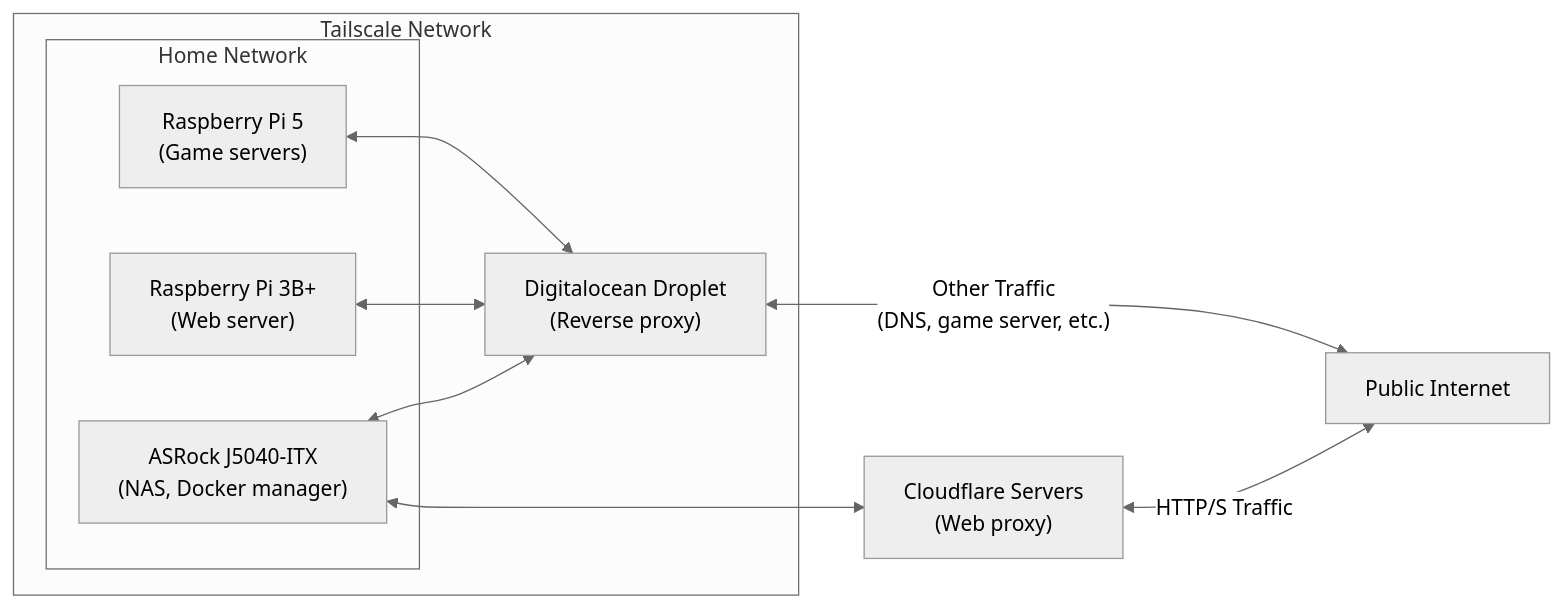
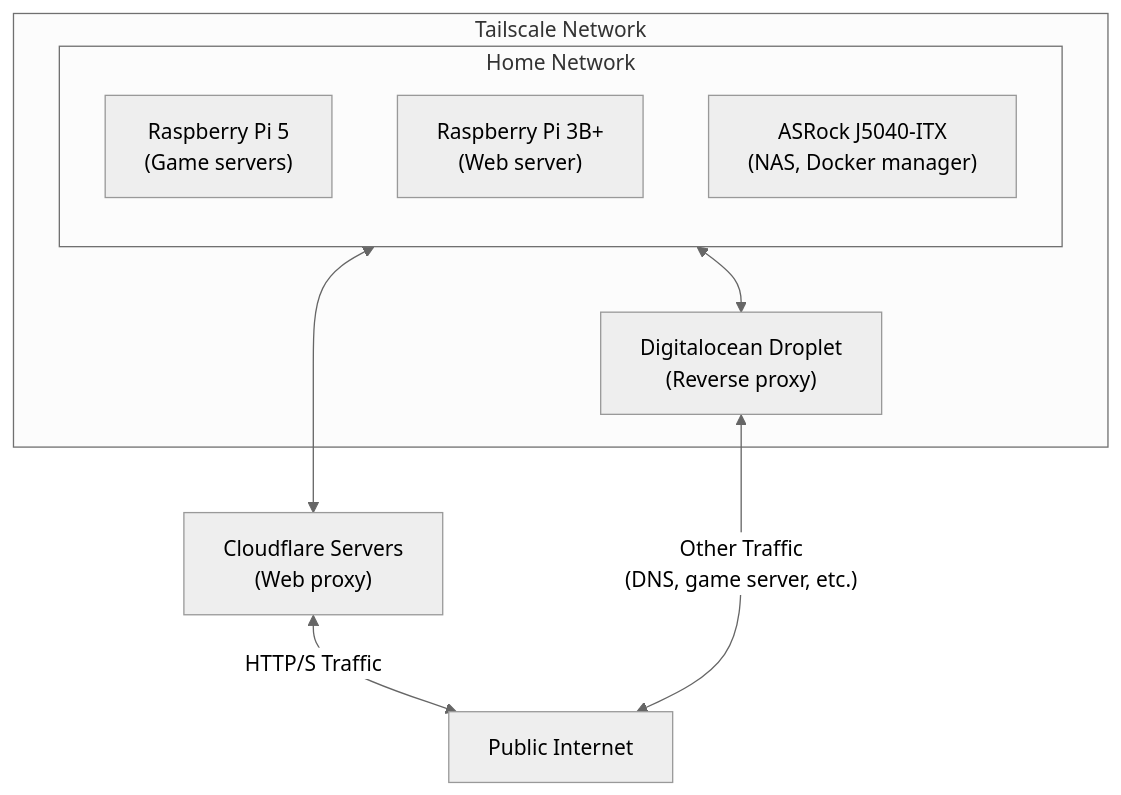
Before and after one commit to ryanhaus/my-website: the diagram in src/content/projects/homelab.md, drawn with Mermaid.

Commit message:
Rearrange homelab setup diagram for clarity

````diff
--- a/src/content/projects/homelab.md
+++ b/src/content/projects/homelab.md
@@ -25,28 +25,27 @@
 ```mermaid
 ---
 config:
     theme: 'neutral'
 ---
-flowchart LR
+flowchart TD
     subgraph tailscale[Tailscale Network]
         subgraph home[Home Network]
+            direction TD
             pi5["Raspberry Pi 5\n(Game servers)"]
             pi3b["Raspberry Pi 3B+\n(Web server)"]
             j5040["ASRock J5040-ITX\n(NAS, Docker manager)"]
         end
 
         digitalocean["Digitalocean Droplet\n(Reverse proxy)"]
     end
 
     cloudflare["Cloudflare Servers\n(Web proxy)"]
     internet[Public Internet]
 
-    j5040 <---> cloudflare
+    home <---> cloudflare
 
-    pi5 <--> digitalocean
-    pi3b <--> digitalocean
-    j5040 <--> digitalocean
+    home <--> digitalocean
 
     cloudflare <-- "HTTP/S Traffic" --> internet
     digitalocean <-- "Other Traffic\n(DNS, game server, etc.)" --> internet
 ```
````
